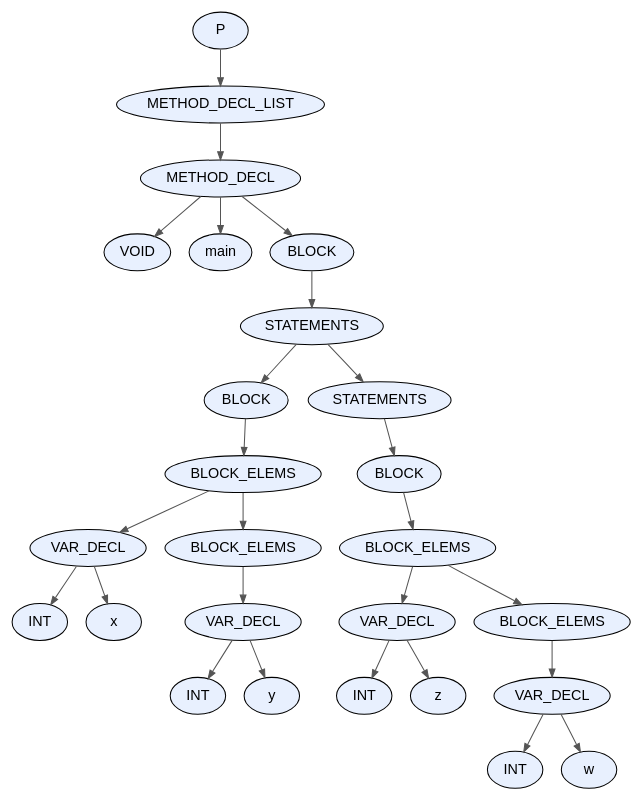
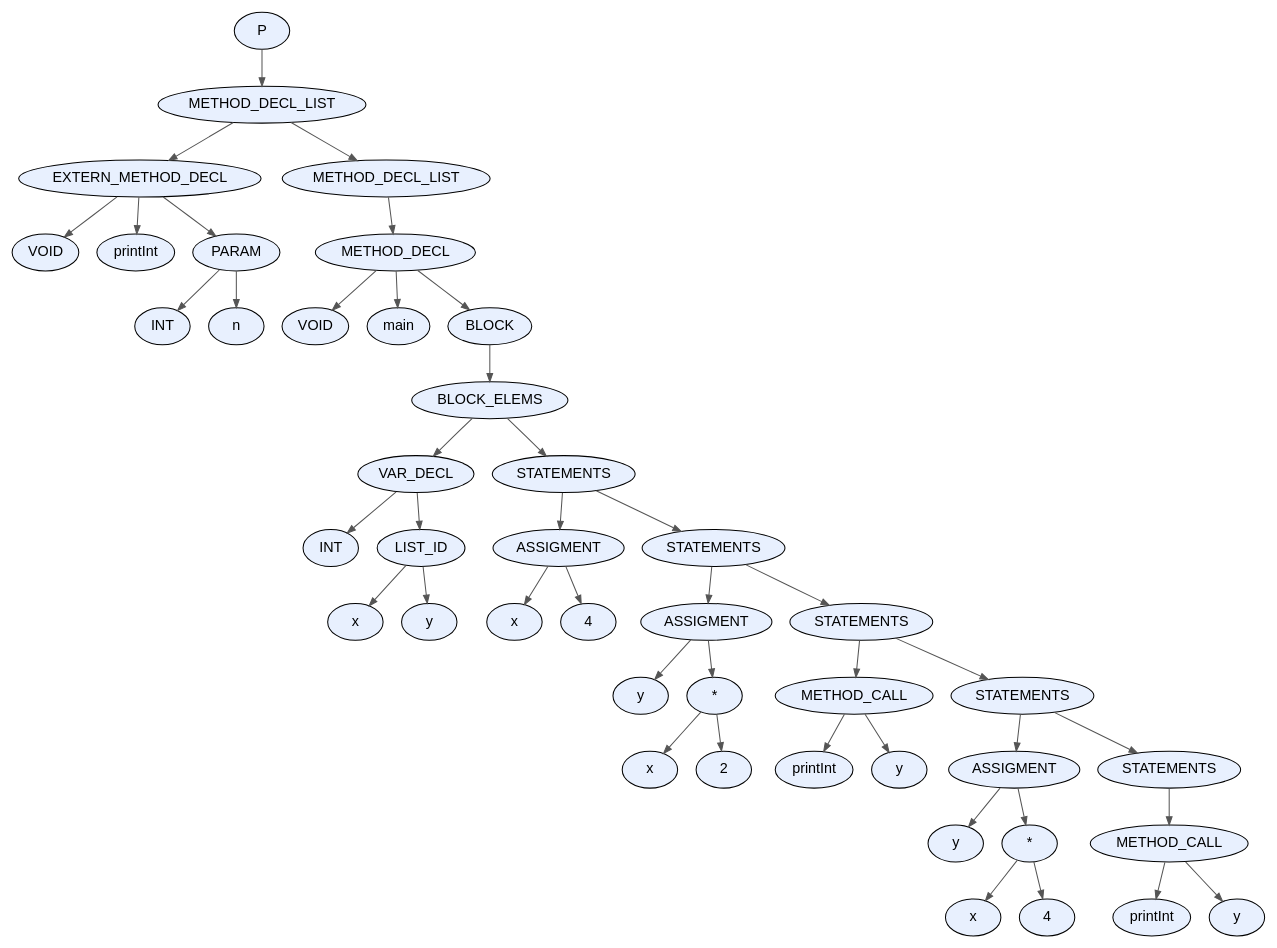
The diagram in proyecto/dot_files/test1.dot (facundo-dario-loser/TDS2026), drawn with Graphviz before and after one commit. The commit also changed 9 other files, not shown here.

```diff
--- a/proyecto/dot_files/test1.dot
+++ b/proyecto/dot_files/test1.dot
@@ -1,55 +1,89 @@
 digraph AST {
   node [fontname="Arial"];
   edge [arrowsize=0.8, color="#555555"];
-  "node_0x562c176c6250" [label="P", style=filled, fillcolor="#E8F0FE", shape=ellipse, style="rounded,filled"];
-  "node_0x562c176c6250" -> "node_0x562c176c6200";
-  "node_0x562c176c6200" [label="METHOD_DECL_LIST", style=filled, fillcolor="#E8F0FE", shape=ellipse, style="rounded,filled"];
-  "node_0x562c176c6200" -> "node_0x562c176c61b0";
-  "node_0x562c176c61b0" [label="METHOD_DECL", style=filled, fillcolor="#E8F0FE", shape=ellipse, style="rounded,filled"];
-  "node_0x562c176c61b0" -> "node_0x562c176c60f0";
-  "node_0x562c176c60f0" [label="VOID", style=filled, fillcolor="#E8F0FE", shape=ellipse, style="rounded,filled"];
-  "node_0x562c176c61b0" -> "node_0x562c176c6140";
-  "node_0x562c176c6140" [label="main", style=filled, fillcolor="#E8F0FE", shape=ellipse, style="rounded,filled"];
-  "node_0x562c176c61b0" -> "node_0x562c176c60a0";
-  "node_0x562c176c60a0" [label="BLOCK", style=filled, fillcolor="#E8F0FE", shape=ellipse, style="rounded,filled"];
-  "node_0x562c176c60a0" -> "node_0x562c176c6050";
-  "node_0x562c176c6050" [label="STATEMENTS", style=filled, fillcolor="#E8F0FE", shape=ellipse, style="rounded,filled"];
-  "node_0x562c176c6050" -> "node_0x562c176c5c60";
-  "node_0x562c176c5c60" [label="BLOCK", style=filled, fillcolor="#E8F0FE", shape=ellipse, style="rounded,filled"];
-  "node_0x562c176c5c60" -> "node_0x562c176c5c10";
-  "node_0x562c176c5c10" [label="BLOCK_ELEMS", style=filled, fillcolor="#E8F0FE", shape=ellipse, style="rounded,filled"];
-  "node_0x562c176c5c10" -> "node_0x562c176c5a40";
-  "node_0x562c176c5a40" [label="VAR_DECL", style=filled, fillcolor="#E8F0FE", shape=ellipse, style="rounded,filled"];
-  "node_0x562c176c5a40" -> "node_0x562c176c5960";
-  "node_0x562c176c5960" [label="INT", style=filled, fillcolor="#E8F0FE", shape=ellipse, style="rounded,filled"];
-  "node_0x562c176c5a40" -> "node_0x562c176c59d0";
-  "node_0x562c176c59d0" [label="x", style=filled, fillcolor="#E8F0FE", shape=ellipse, style="rounded,filled"];
-  "node_0x562c176c5c10" -> "node_0x562c176c5bc0";
-  "node_0x562c176c5bc0" [label="BLOCK_ELEMS", style=filled, fillcolor="#E8F0FE", shape=ellipse, style="rounded,filled"];
-  "node_0x562c176c5bc0" -> "node_0x562c176c5b70";
-  "node_0x562c176c5b70" [label="VAR_DECL", style=filled, fillcolor="#E8F0FE", shape=ellipse, style="rounded,filled"];
-  "node_0x562c176c5b70" -> "node_0x562c176c5a90";
-  "node_0x562c176c5a90" [label="INT", style=filled, fillcolor="#E8F0FE", shape=ellipse, style="rounded,filled"];
-  "node_0x562c176c5b70" -> "node_0x562c176c5b00";
-  "node_0x562c176c5b00" [label="y", style=filled, fillcolor="#E8F0FE", shape=ellipse, style="rounded,filled"];
-  "node_0x562c176c6050" -> "node_0x562c176c6000";
-  "node_0x562c176c6000" [label="STATEMENTS", style=filled, fillcolor="#E8F0FE", shape=ellipse, style="rounded,filled"];
-  "node_0x562c176c6000" -> "node_0x562c176c5fb0";
-  "node_0x562c176c5fb0" [label="BLOCK", style=filled, fillcolor="#E8F0FE", shape=ellipse, style="rounded,filled"];
-  "node_0x562c176c5fb0" -> "node_0x562c176c5f60";
-  "node_0x562c176c5f60" [label="BLOCK_ELEMS", style=filled, fillcolor="#E8F0FE", shape=ellipse, style="rounded,filled"];
-  "node_0x562c176c5f60" -> "node_0x562c176c5d90";
-  "node_0x562c176c5d90" [label="VAR_DECL", style=filled, fillcolor="#E8F0FE", shape=ellipse, style="rounded,filled"];
-  "node_0x562c176c5d90" -> "node_0x562c176c5cb0";
-  "node_0x562c176c5cb0" [label="INT", style=filled, fillcolor="#E8F0FE", shape=ellipse, style="rounded,filled"];
-  "node_0x562c176c5d90" -> "node_0x562c176c5d20";
-  "node_0x562c176c5d20" [label="z", style=filled, fillcolor="#E8F0FE", shape=ellipse, style="rounded,filled"];
-  "node_0x562c176c5f60" -> "node_0x562c176c5f10";
-  "node_0x562c176c5f10" [label="BLOCK_ELEMS", style=filled, fillcolor="#E8F0FE", shape=ellipse, style="rounded,filled"];
-  "node_0x562c176c5f10" -> "node_0x562c176c5ec0";
-  "node_0x562c176c5ec0" [label="VAR_DECL", style=filled, fillcolor="#E8F0FE", shape=ellipse, style="rounded,filled"];
-  "node_0x562c176c5ec0" -> "node_0x562c176c5de0";
-  "node_0x562c176c5de0" [label="INT", style=filled, fillcolor="#E8F0FE", shape=ellipse, style="rounded,filled"];
-  "node_0x562c176c5ec0" -> "node_0x562c176c5e50";
-  "node_0x562c176c5e50" [label="w", style=filled, fillcolor="#E8F0FE", shape=ellipse, style="rounded,filled"];
+  "node_0x5abc073f49e0" [label="P", style=filled, fillcolor="#E8F0FE", shape=ellipse, style="rounded,filled"];
+  "node_0x5abc073f49e0" -> "node_0x5abc073f4990";
+  "node_0x5abc073f4990" [label="METHOD_DECL_LIST", style=filled, fillcolor="#E8F0FE", shape=ellipse, style="rounded,filled"];
+  "node_0x5abc073f4990" -> "node_0x5abc073f3b50";
+  "node_0x5abc073f3b50" [label="EXTERN_METHOD_DECL", style=filled, fillcolor="#E8F0FE", shape=ellipse, style="rounded,filled"];
+  "node_0x5abc073f3b50" -> "node_0x5abc073f3a90";
+  "node_0x5abc073f3a90" [label="VOID", style=filled, fillcolor="#E8F0FE", shape=ellipse, style="rounded,filled"];
+  "node_0x5abc073f3b50" -> "node_0x5abc073f3ae0";
+  "node_0x5abc073f3ae0" [label="printInt", style=filled, fillcolor="#E8F0FE", shape=ellipse, style="rounded,filled"];
+  "node_0x5abc073f3b50" -> "node_0x5abc073f3a40";
+  "node_0x5abc073f3a40" [label="PARAM", style=filled, fillcolor="#E8F0FE", shape=ellipse, style="rounded,filled"];
+  "node_0x5abc073f3a40" -> "node_0x5abc073f3960";
+  "node_0x5abc073f3960" [label="INT", style=filled, fillcolor="#E8F0FE", shape=ellipse, style="rounded,filled"];
+  "node_0x5abc073f3a40" -> "node_0x5abc073f39d0";
+  "node_0x5abc073f39d0" [label="n", style=filled, fillcolor="#E8F0FE", shape=ellipse, style="rounded,filled"];
+  "node_0x5abc073f4990" -> "node_0x5abc073f4940";
+  "node_0x5abc073f4940" [label="METHOD_DECL_LIST", style=filled, fillcolor="#E8F0FE", shape=ellipse, style="rounded,filled"];
+  "node_0x5abc073f4940" -> "node_0x5abc073f48f0";
+  "node_0x5abc073f48f0" [label="METHOD_DECL", style=filled, fillcolor="#E8F0FE", shape=ellipse, style="rounded,filled"];
+  "node_0x5abc073f48f0" -> "node_0x5abc073f4830";
+  "node_0x5abc073f4830" [label="VOID", style=filled, fillcolor="#E8F0FE", shape=ellipse, style="rounded,filled"];
+  "node_0x5abc073f48f0" -> "node_0x5abc073f4880";
+  "node_0x5abc073f4880" [label="main", style=filled, fillcolor="#E8F0FE", shape=ellipse, style="rounded,filled"];
+  "node_0x5abc073f48f0" -> "node_0x5abc073f47e0";
+  "node_0x5abc073f47e0" [label="BLOCK", style=filled, fillcolor="#E8F0FE", shape=ellipse, style="rounded,filled"];
+  "node_0x5abc073f47e0" -> "node_0x5abc073f4790";
+  "node_0x5abc073f4790" [label="BLOCK_ELEMS", style=filled, fillcolor="#E8F0FE", shape=ellipse, style="rounded,filled"];
+  "node_0x5abc073f4790" -> "node_0x5abc073f3d80";
+  "node_0x5abc073f3d80" [label="VAR_DECL", style=filled, fillcolor="#E8F0FE", shape=ellipse, style="rounded,filled"];
+  "node_0x5abc073f3d80" -> "node_0x5abc073f3bc0";
+  "node_0x5abc073f3bc0" [label="INT", style=filled, fillcolor="#E8F0FE", shape=ellipse, style="rounded,filled"];
+  "node_0x5abc073f3d80" -> "node_0x5abc073f3d30";
+  "node_0x5abc073f3d30" [label="LIST_ID", style=filled, fillcolor="#E8F0FE", shape=ellipse, style="rounded,filled"];
+  "node_0x5abc073f3d30" -> "node_0x5abc073f3cc0";
+  "node_0x5abc073f3cc0" [label="x", style=filled, fillcolor="#E8F0FE", shape=ellipse, style="rounded,filled"];
+  "node_0x5abc073f3d30" -> "node_0x5abc073f3c50";
+  "node_0x5abc073f3c50" [label="y", style=filled, fillcolor="#E8F0FE", shape=ellipse, style="rounded,filled"];
+  "node_0x5abc073f4790" -> "node_0x5abc073f4740";
+  "node_0x5abc073f4740" [label="STATEMENTS", style=filled, fillcolor="#E8F0FE", shape=ellipse, style="rounded,filled"];
+  "node_0x5abc073f4740" -> "node_0x5abc073f3eb0";
+  "node_0x5abc073f3eb0" [label="ASSIGMENT", style=filled, fillcolor="#E8F0FE", shape=ellipse, style="rounded,filled"];
+  "node_0x5abc073f3eb0" -> "node_0x5abc073f3e40";
+  "node_0x5abc073f3e40" [label="x", style=filled, fillcolor="#E8F0FE", shape=ellipse, style="rounded,filled"];
+  "node_0x5abc073f3eb0" -> "node_0x5abc073f3df0";
+  "node_0x5abc073f3df0" [label="4", style=filled, fillcolor="#E8F0FE", shape=ellipse, style="rounded,filled"];
+  "node_0x5abc073f4740" -> "node_0x5abc073f46f0";
+  "node_0x5abc073f46f0" [label="STATEMENTS", style=filled, fillcolor="#E8F0FE", shape=ellipse, style="rounded,filled"];
+  "node_0x5abc073f46f0" -> "node_0x5abc073f40c0";
+  "node_0x5abc073f40c0" [label="ASSIGMENT", style=filled, fillcolor="#E8F0FE", shape=ellipse, style="rounded,filled"];
+  "node_0x5abc073f40c0" -> "node_0x5abc073f4050";
+  "node_0x5abc073f4050" [label="y", style=filled, fillcolor="#E8F0FE", shape=ellipse, style="rounded,filled"];
+  "node_0x5abc073f40c0" -> "node_0x5abc073f4000";
+  "node_0x5abc073f4000" [label="*", style=filled, fillcolor="#E8F0FE", shape=ellipse, style="rounded,filled"];
+  "node_0x5abc073f4000" -> "node_0x5abc073f3f40";
+  "node_0x5abc073f3f40" [label="x", style=filled, fillcolor="#E8F0FE", shape=ellipse, style="rounded,filled"];
+  "node_0x5abc073f4000" -> "node_0x5abc073f3fb0";
+  "node_0x5abc073f3fb0" [label="2", style=filled, fillcolor="#E8F0FE", shape=ellipse, style="rounded,filled"];
+  "node_0x5abc073f46f0" -> "node_0x5abc073f46a0";
+  "node_0x5abc073f46a0" [label="STATEMENTS", style=filled, fillcolor="#E8F0FE", shape=ellipse, style="rounded,filled"];
+  "node_0x5abc073f46a0" -> "node_0x5abc073f4230";
+  "node_0x5abc073f4230" [label="METHOD_CALL", style=filled, fillcolor="#E8F0FE", shape=ellipse, style="rounded,filled"];
+  "node_0x5abc073f4230" -> "node_0x5abc073f41c0";
+  "node_0x5abc073f41c0" [label="printInt", style=filled, fillcolor="#E8F0FE", shape=ellipse, style="rounded,filled"];
+  "node_0x5abc073f4230" -> "node_0x5abc073f4150";
+  "node_0x5abc073f4150" [label="y", style=filled, fillcolor="#E8F0FE", shape=ellipse, style="rounded,filled"];
+  "node_0x5abc073f46a0" -> "node_0x5abc073f4650";
+  "node_0x5abc073f4650" [label="STATEMENTS", style=filled, fillcolor="#E8F0FE", shape=ellipse, style="rounded,filled"];
+  "node_0x5abc073f4650" -> "node_0x5abc073f4440";
+  "node_0x5abc073f4440" [label="ASSIGMENT", style=filled, fillcolor="#E8F0FE", shape=ellipse, style="rounded,filled"];
+  "node_0x5abc073f4440" -> "node_0x5abc073f43d0";
+  "node_0x5abc073f43d0" [label="y", style=filled, fillcolor="#E8F0FE", shape=ellipse, style="rounded,filled"];
+  "node_0x5abc073f4440" -> "node_0x5abc073f4380";
+  "node_0x5abc073f4380" [label="*", style=filled, fillcolor="#E8F0FE", shape=ellipse, style="rounded,filled"];
+  "node_0x5abc073f4380" -> "node_0x5abc073f42c0";
+  "node_0x5abc073f42c0" [label="x", style=filled, fillcolor="#E8F0FE", shape=ellipse, style="rounded,filled"];
+  "node_0x5abc073f4380" -> "node_0x5abc073f4330";
+  "node_0x5abc073f4330" [label="4", style=filled, fillcolor="#E8F0FE", shape=ellipse, style="rounded,filled"];
+  "node_0x5abc073f4650" -> "node_0x5abc073f4600";
+  "node_0x5abc073f4600" [label="STATEMENTS", style=filled, fillcolor="#E8F0FE", shape=ellipse, style="rounded,filled"];
+  "node_0x5abc073f4600" -> "node_0x5abc073f45b0";
+  "node_0x5abc073f45b0" [label="METHOD_CALL", style=filled, fillcolor="#E8F0FE", shape=ellipse, style="rounded,filled"];
+  "node_0x5abc073f45b0" -> "node_0x5abc073f4540";
+  "node_0x5abc073f4540" [label="printInt", style=filled, fillcolor="#E8F0FE", shape=ellipse, style="rounded,filled"];
+  "node_0x5abc073f45b0" -> "node_0x5abc073f44d0";
+  "node_0x5abc073f44d0" [label="y", style=filled, fillcolor="#E8F0FE", shape=ellipse, style="rounded,filled"];
 }
```
